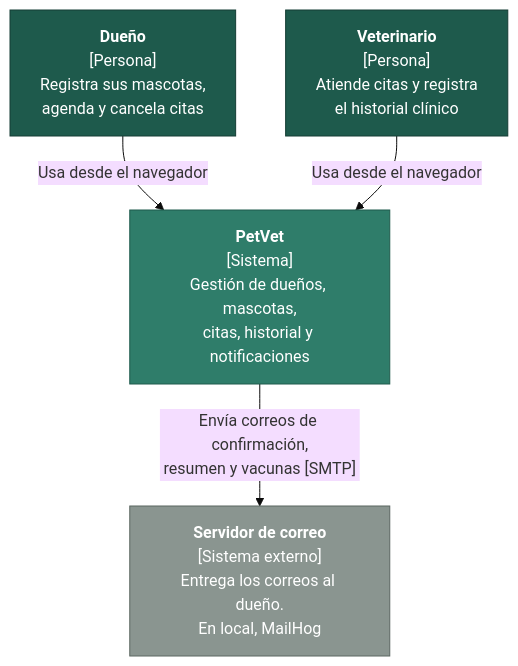
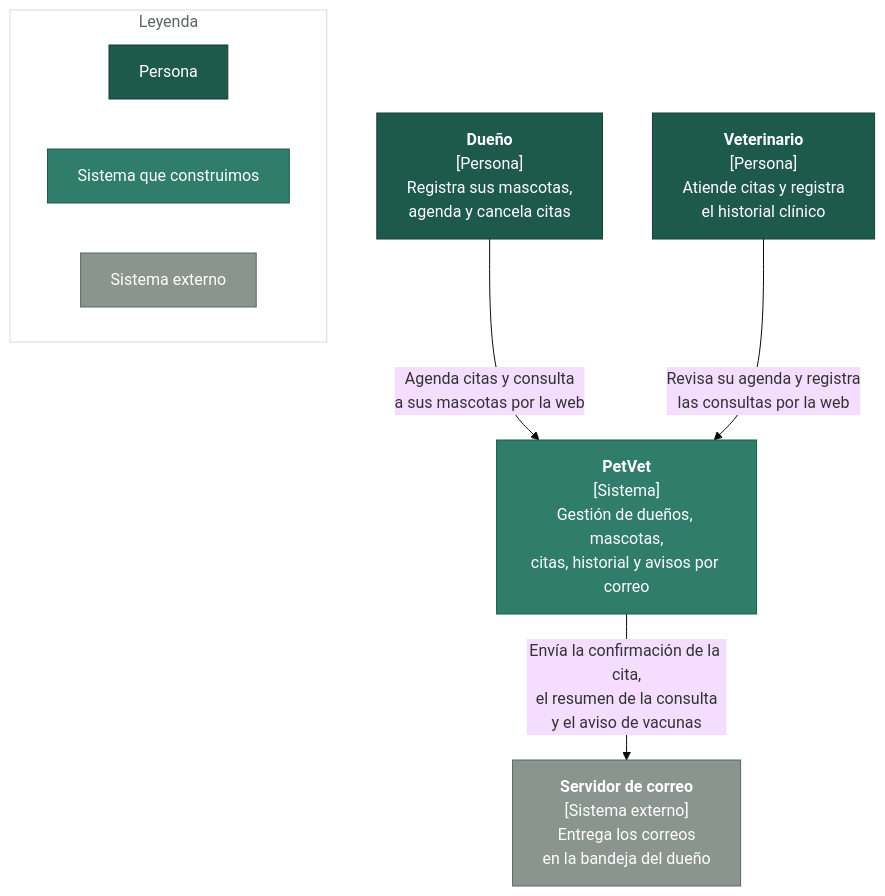
The first of 2 diagrams in docs/arquitectura.md (CamiloGutierrez1/petvet), drawn with Mermaid (base theme) before and after one commit. The commit also changed other lines of this file and 27 other files, not shown here.

First line of the commit message:
docs: ADR-001 a ADR-014, C4 con leyenda, 10 RF con reglas de negocio, UML, Git y lecciones

````diff
--- a/docs/arquitectura.md
+++ b/docs/arquitectura.md
@@ -19,18 +21,26 @@
 ```mermaid
 flowchart TB
     dueno["<b>Dueño</b><br/>[Persona]<br/>Registra sus mascotas,<br/>agenda y cancela citas"]
     vet["<b>Veterinario</b><br/>[Persona]<br/>Atiende citas y registra<br/>el historial clínico"]
-    petvet["<b>PetVet</b><br/>[Sistema]<br/>Gestión de dueños, mascotas,<br/>citas, historial y notificaciones"]
-    correo["<b>Servidor de correo</b><br/>[Sistema externo]<br/>Entrega los correos al dueño.<br/>En local, MailHog"]
+    petvet["<b>PetVet</b><br/>[Sistema]<br/>Gestión de dueños, mascotas,<br/>citas, historial y avisos por correo"]
+    correo["<b>Servidor de correo</b><br/>[Sistema externo]<br/>Entrega los correos<br/>en la bandeja del dueño"]
 
-    dueno -- "Usa desde el navegador" --> petvet
-    vet -- "Usa desde el navegador" --> petvet
-    petvet -- "Envía correos de confirmación,<br/>resumen y vacunas [SMTP]" --> correo
+    dueno -- "Agenda citas y consulta<br/>a sus mascotas por la web" --> petvet
+    vet -- "Revisa su agenda y registra<br/>las consultas por la web" --> petvet
+    petvet -- "Envía la confirmación de la cita,<br/>el resumen de la consulta<br/>y el aviso de vacunas" --> correo
+
+    subgraph leyenda["Leyenda"]
+        direction LR
+        lp["Persona"]
+        ls["Sistema que construimos"]
+        le["Sistema externo"]
+    end
 
     classDef persona fill:#1E5A4C,color:#fff,stroke:#143d34
     classDef sistema fill:#2f7d6a,color:#fff,stroke:#1E5A4C
     classDef externo fill:#8a9590,color:#fff,stroke:#5B6661
-    class dueno,vet persona
-    class petvet sistema
-    class correo externo
+    class dueno,vet,lp persona
+    class petvet,ls sistema
+    class correo,le externo
+    style leyenda fill:#fff,stroke:#D5DDD9,color:#5B6661
 ```
````
